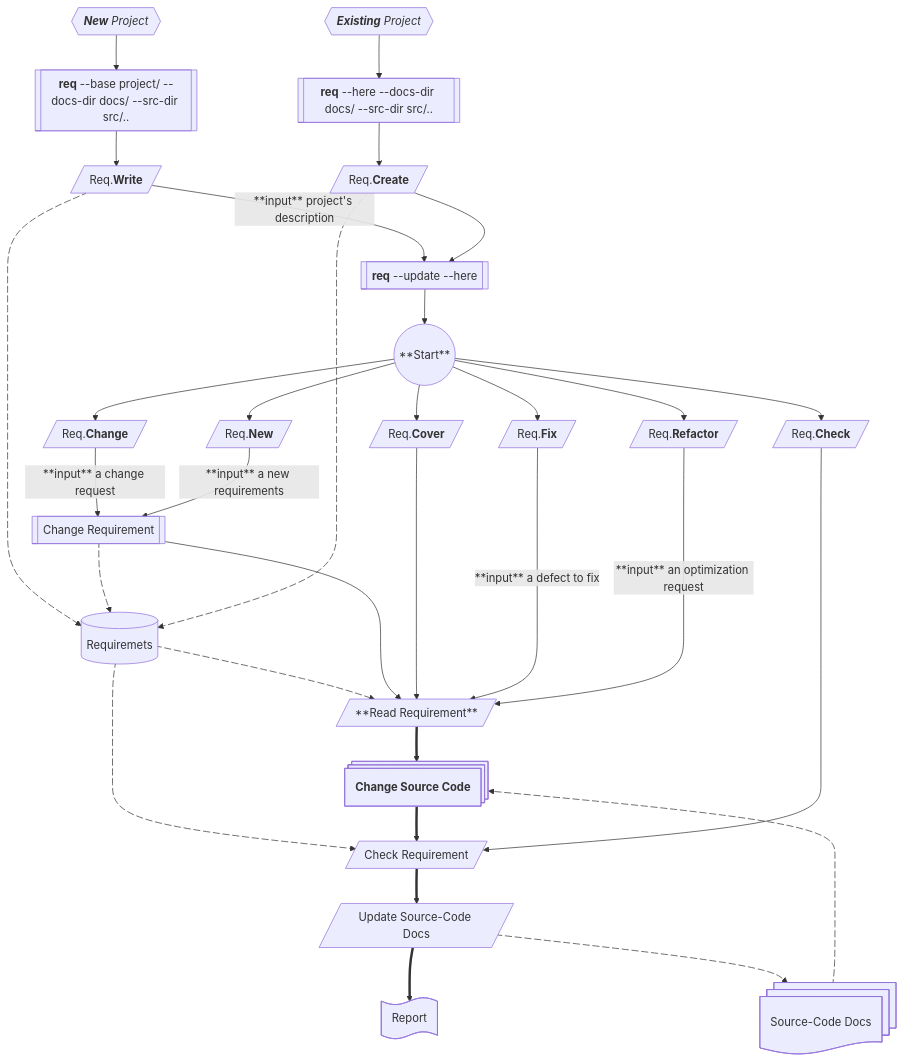
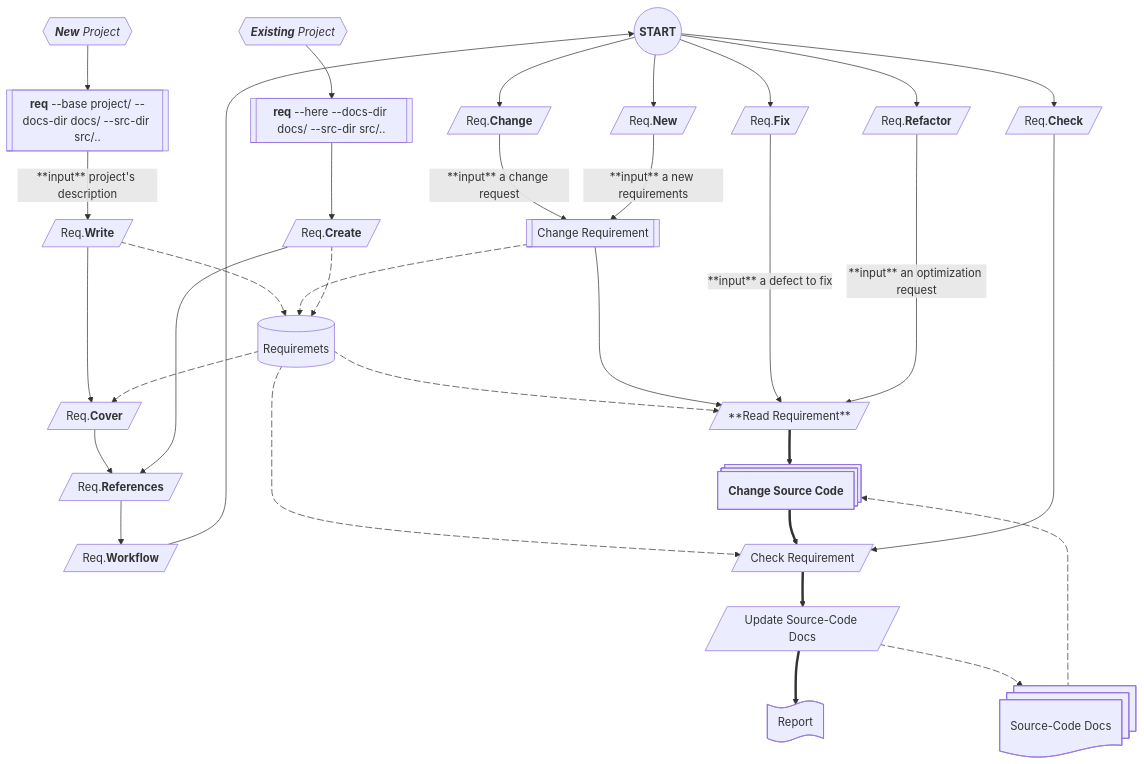
The diagram in images/flowchart.md (Ogekuri/useReq), drawn with Mermaid before and after one commit. The commit also changed 4 other files, not shown here.

````diff
--- a/images/flowchart.md
+++ b/images/flowchart.md
@@ -9,12 +9,11 @@
 ```mermaid
 flowchart TD
     %% Flowchart
-    START((**Start**))
+    START@{ shape: circle, label: "**START**"}
     NP@{ shape: hex, label: "***New*** *Project*"}
     EP@{ shape: hex, label: "***Existing*** *Project*"}
     CMDNP@{ shape: subproc, label: "**req** --base project/ --docs-dir docs/ --src-dir src/.." }
     CMDEP@{ shape: subproc, label: "**req** --here --docs-dir docs/ --src-dir src/.." }
-    CMDUPDATE@{ shape: subproc, label: "**req** --update --here" }
     REQ[(Requiremets)]
     CHANGE@{ shape: lean-r, label: "Req.**Change**"}
     CHECK@{ shape: lean-r, label: "Req.**Check**"}
@@ -24,6 +23,8 @@
     REFACTOR@{ shape: lean-r, label: "Req.**Refactor**"}
     WRITE@{ shape: lean-r, label: "Req.**Write**"}
     CREATE@{ shape: lean-r, label: "Req.**Create**"}
+    REFERENCES@{ shape: lean-r, label: "Req.**References**"}
+    WORKFLOW@{ shape: lean-r, label: "Req.**Workflow**"}
     REQ_CHANGE[[Change Requirement]]
     REQ_READ[/**Read Requirement**/]
     REQ_CHECK[/Check Requirement/]
@@ -31,17 +32,22 @@
     CODE_CHANGE@{ shape: procs, label: "**Change Source Code**"}
     DOCS@{ shape: docs, label: "Source-Code Docs"}
     REPORT@{ shape: paper-tape, label: "Report"}
-
+    
     %% New Project
     NP --> CMDNP
-    CMDNP --> WRITE
-    WRITE -- **input** project's description --> CMDUPDATE
+    CMDNP -- **input** project's description --> WRITE
+    WRITE --> COVER
+    COVER --> REFERENCES
+    REFERENCES --> WORKFLOW
+    WORKFLOW --> START
+
 
     %% Existing Project
     EP --> CMDEP
     CMDEP --> CREATE
-    CREATE--> CMDUPDATE
-    CMDUPDATE --> START
+    CREATE--> REFERENCES
+
+
 
     %% Requirements
     REQ e1@-.-> REQ_READ
@@ -54,6 +60,8 @@
     e5@{ animate: true }
     CREATE e6@-.-> REQ
     e6@{ animate: true }
+    REQ e7@-.-> COVER
+    e7@{ animate: true }
 
     %% Change
     START --> CHANGE
@@ -69,10 +77,6 @@
     START --> CHECK
     CHECK ------> REQ_CHECK
 
-    %% Cover
-    START --> COVER
-    COVER ----> REQ_READ
-
     %% Fix
     START --> FIX
     FIX -- **input** a defect to fix ----> REQ_READ
@@ -86,8 +90,8 @@
     NEW -- **input** a new requirements--> REQ_CHANGE 
 
     %% Source-Code Docs
-    UPDATE_DOCS e7@-.-> DOCS
-    e7@{ animate: true }
-    DOCS e8@-.-> CODE_CHANGE
+    UPDATE_DOCS e8@-.-> DOCS
     e8@{ animate: true }
+    DOCS e9@-.-> CODE_CHANGE
+    e9@{ animate: true }
 ```
````
